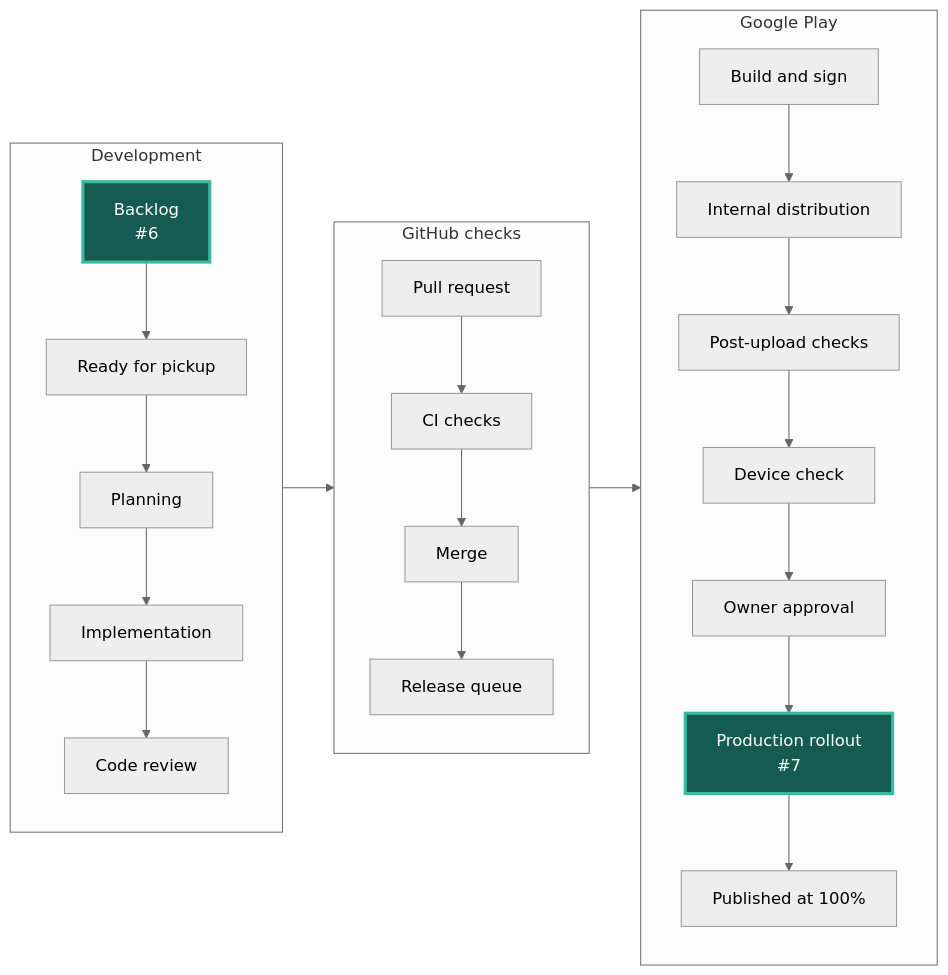
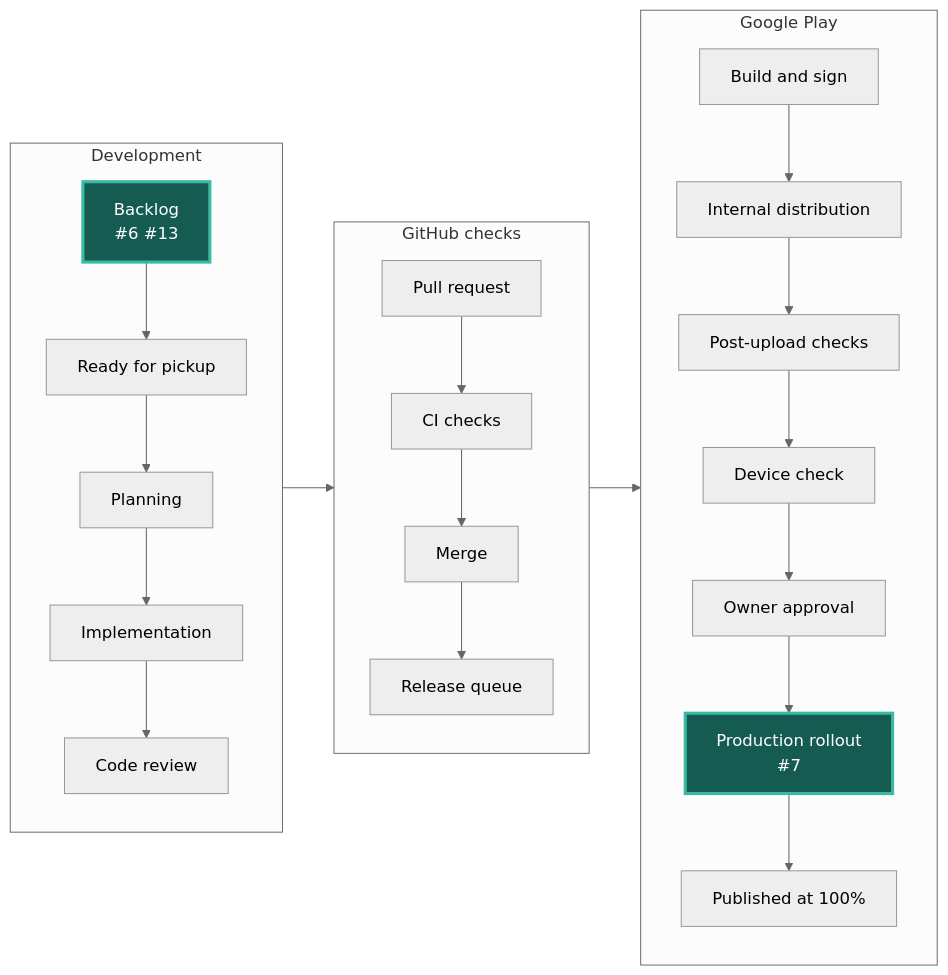
One commit to Oziomajnr/ChessTournamentManager changed the diagram in STATUS.md. Above: the diagram before and after it, drawn with Mermaid (neutral theme). The commit also changed other lines of this file and 1 other file, not shown here.

Commit message:
Refresh issue delivery graph

````diff
--- a/STATUS.md
+++ b/STATUS.md
@@ -5,35 +5,35 @@
 ```mermaid
 flowchart LR
     accTitle: Current issue positions in the delivery workflow
     accDescr: Development flows into GitHub checks and Google Play. Each issue number appears at its current step.
     subgraph development["Development"]
         direction TB
-        backlog["Backlog<br/>#6"]:::occupied
+        backlog["Backlog<br/>#6 #13"]:::occupied
         ready["Ready for pickup"]
         plan["Planning"]
         code["Implementation"]
         review["Code review"]
         backlog --> ready --> plan --> code --> review
     end
     subgraph integration["GitHub checks"]
         direction TB
         pull["Pull request"]
         ci["CI checks"]
         merge["Merge"]
         queue["Release queue"]
         pull --> ci --> merge --> queue
     end
     subgraph distribution["Google Play"]
         direction TB
         build["Build and sign"]
         internal["Internal distribution"]
         reports["Post-upload checks"]
         device["Device check"]
         approval["Owner approval"]
         rollout["Production rollout<br/>#7"]:::occupied
         published["Published at 100%"]
         build --> internal --> reports --> device --> approval --> rollout --> published
     end
     development --> integration --> distribution
     classDef occupied fill:#165b51,color:#ffffff,stroke:#38bba0,stroke-width:3px
 ```
````
